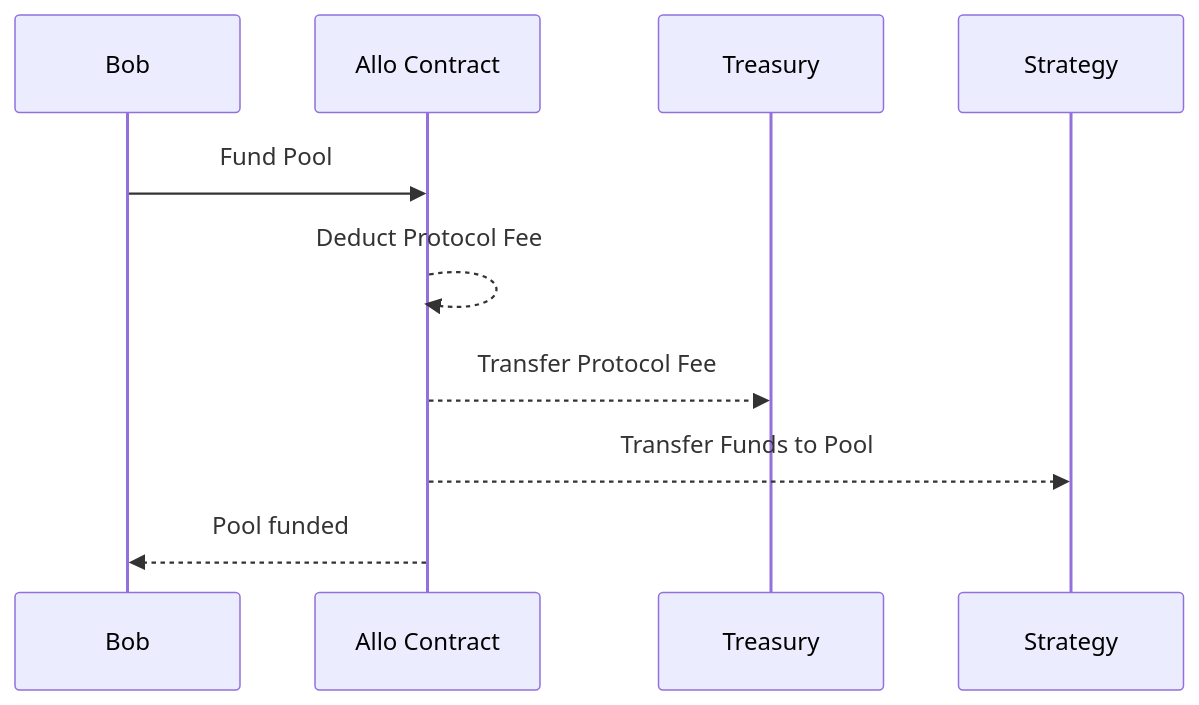
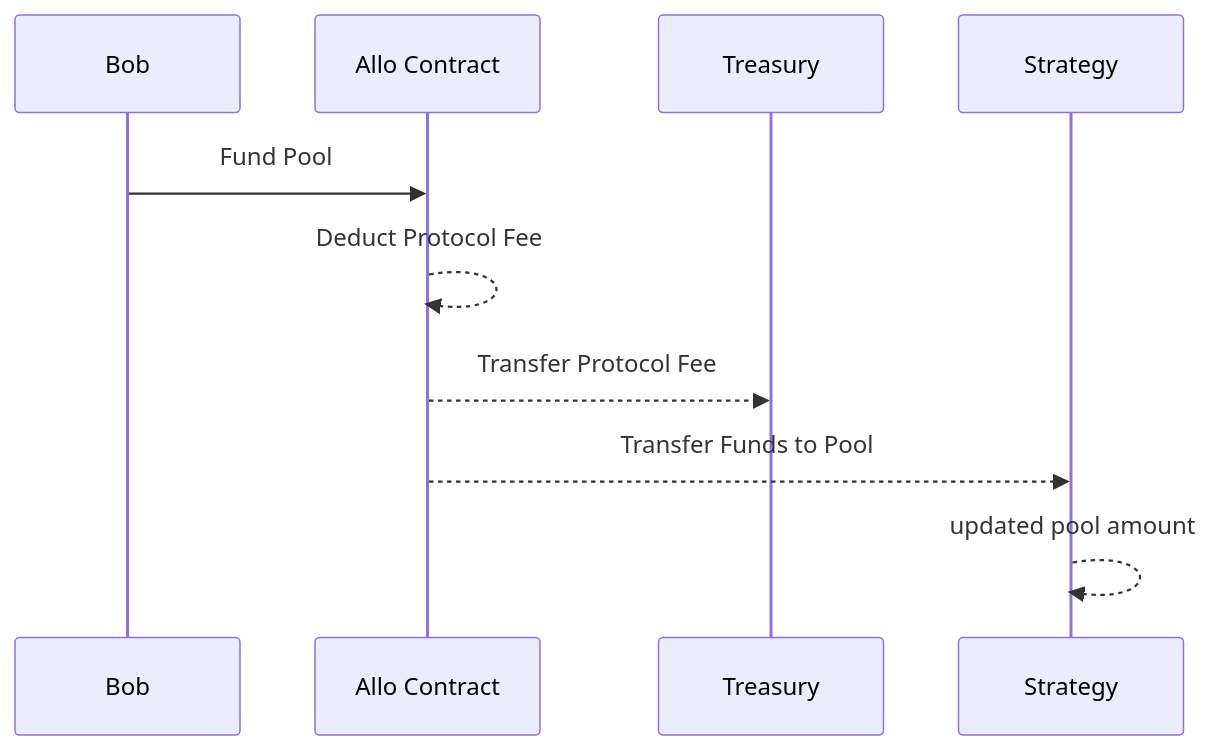
One commit to allo-protocol/allo-v2 changed the third of 8 diagrams in contracts/readme/Allo.md. Above: the diagram before and after it, drawn with Mermaid. The commit also changed other lines of this file, not shown here.

````diff
--- a/contracts/readme/Allo.md
+++ b/contracts/readme/Allo.md
@@ -190,13 +191,13 @@
 ```mermaid
 sequenceDiagram
     participant Bob as Bob
     participant Allo as Allo Contract
     participant Treasury as Treasury
     participant Strategy as Strategy
 
     Bob->>Allo: Fund Pool
     Allo-->>Allo: Deduct Protocol Fee
     Allo-->>Treasury: Transfer Protocol Fee
     Allo-->>Strategy: Transfer Funds to Pool
-    Allo-->>Bob: Pool funded
+    Strategy-->>Strategy: updated pool amount
 ```
````
